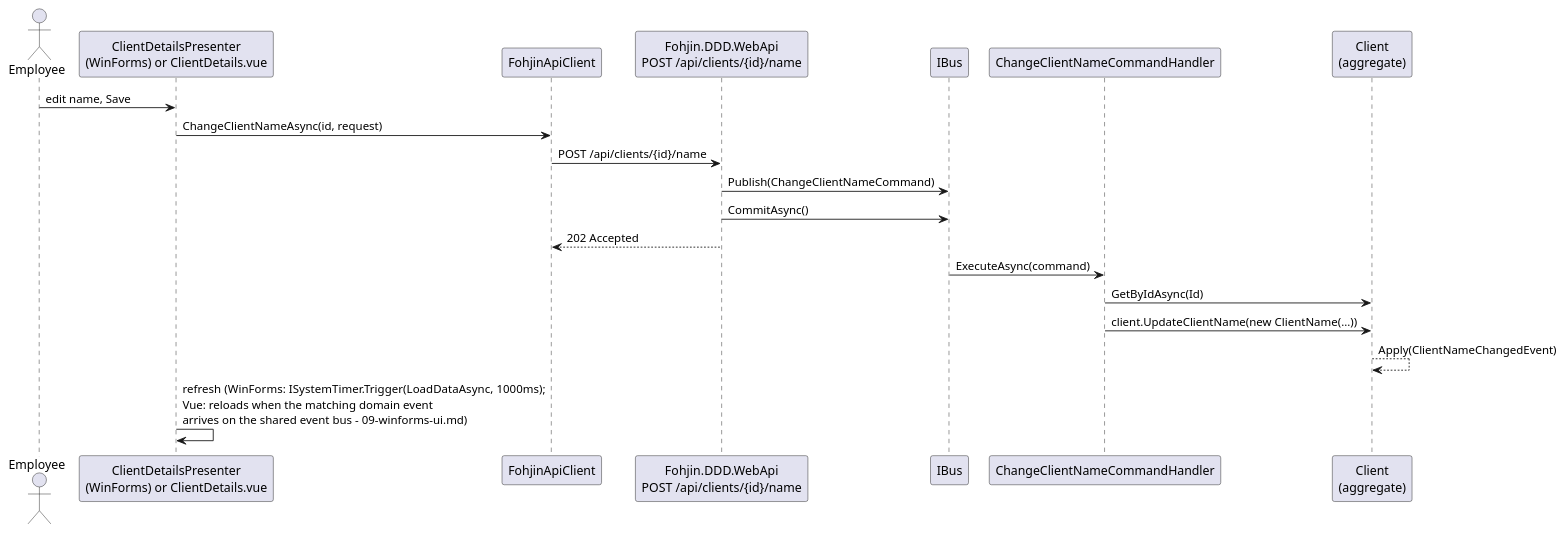
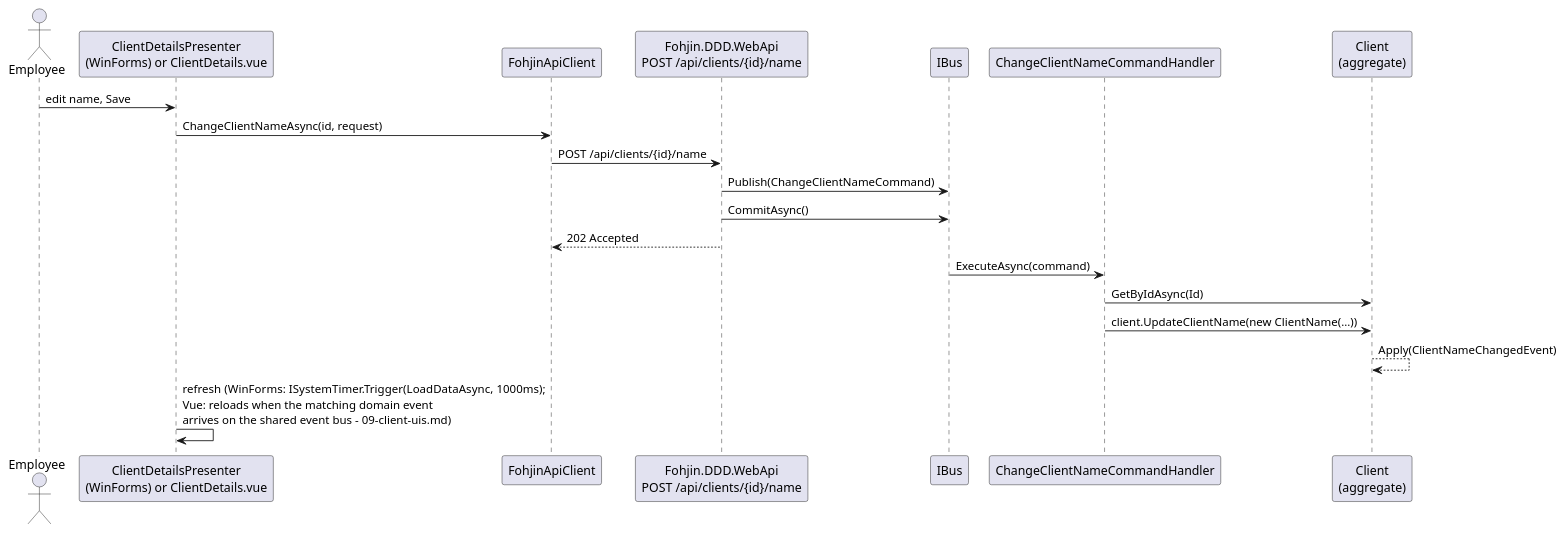
One commit to Mwwhited-BookLearning/fohjin-cqrs changed the third of 3 diagrams in docs/01-client-management.md. Above: the diagram before and after it, drawn with PlantUML. The commit also changed other lines of this file and 82 other files, not shown here.

````diff
--- a/docs/01-client-management.md
+++ b/docs/01-client-management.md
@@ -145,23 +145,23 @@
 ```plantuml
 @startuml
 actor Employee
 participant "ClientDetailsPresenter\n(WinForms) or ClientDetails.vue" as Client
 participant "FohjinApiClient" as ApiClient
 participant "Fohjin.DDD.WebApi\nPOST /api/clients/{id}/name" as Endpoint
 participant "IBus" as Bus
 participant "ChangeClientNameCommandHandler" as Handler
 participant "Client\n(aggregate)" as Aggregate
 
 Employee -> Client : edit name, Save
 Client -> ApiClient : ChangeClientNameAsync(id, request)
 ApiClient -> Endpoint : POST /api/clients/{id}/name
 Endpoint -> Bus : Publish(ChangeClientNameCommand)
 Endpoint -> Bus : CommitAsync()
 Endpoint --> ApiClient : 202 Accepted
 Bus -> Handler : ExecuteAsync(command)
 Handler -> Aggregate : GetByIdAsync(Id)
 Handler -> Aggregate : client.UpdateClientName(new ClientName(...))
 Aggregate --> Aggregate : Apply(ClientNameChangedEvent)
-Client -> Client : refresh (WinForms: ISystemTimer.Trigger(LoadDataAsync, 1000ms);\nVue: reloads when the matching domain event\narrives on the shared event bus - 09-winforms-ui.md)
+Client -> Client : refresh (WinForms: ISystemTimer.Trigger(LoadDataAsync, 1000ms);\nVue: reloads when the matching domain event\narrives on the shared event bus - 09-client-uis.md)
 @enduml
 ```
````
